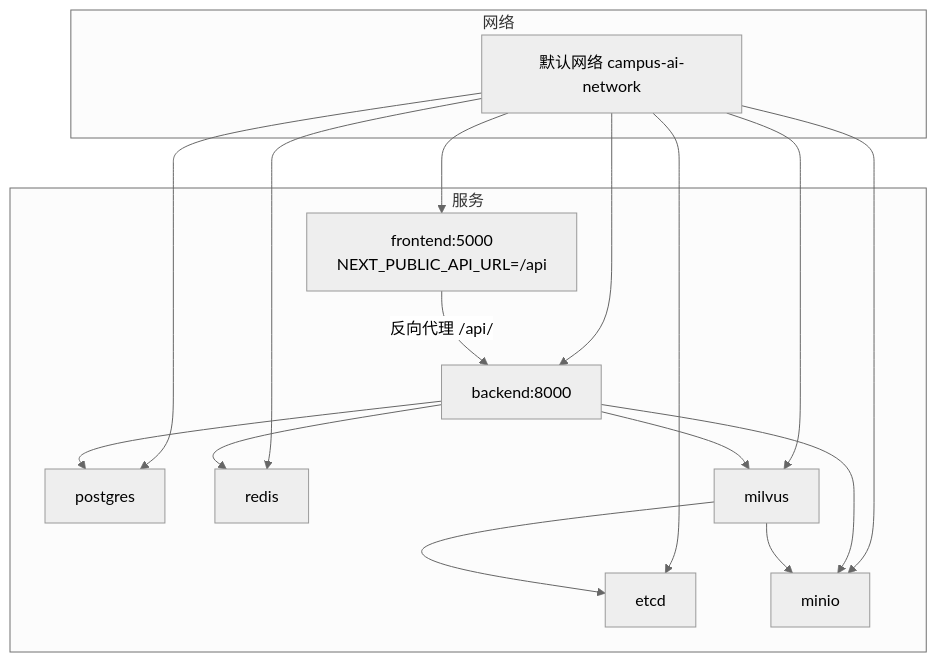
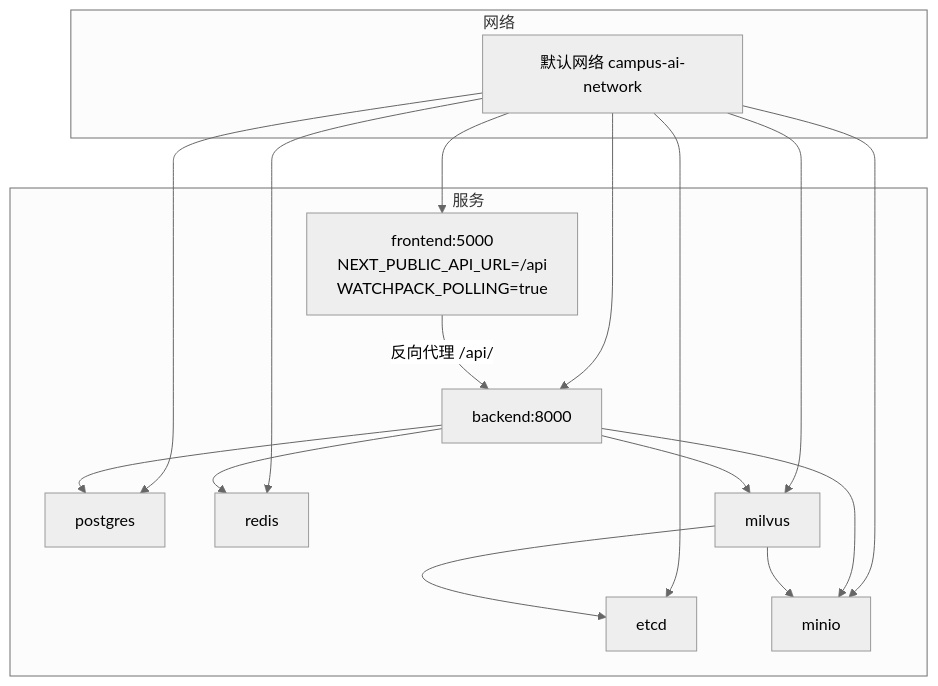
The fifth of 8 diagrams in .qoder/repowiki/zh/content/开发指南/构建与部署/构建与部署.md (ghbbn053-ship-itsoulddog/soulddog), drawn with Mermaid (neutral theme) before and after one commit. The commit also changed other lines of this file and 13 other files, not shown here.

````diff
--- a/.qoder/repowiki/zh/content/开发指南/构建与部署/构建与部署.md
+++ b/.qoder/repowiki/zh/content/开发指南/构建与部署/构建与部署.md
@@ -263,19 +272,19 @@
 ```mermaid
 graph TB
 subgraph "网络"
 NET["默认网络 campus-ai-network"]
 end
 subgraph "服务"
 PG["postgres"]
 RD["redis"]
 ET["etcd"]
 MC["minio"]
 ML["milvus"]
-FE["frontend:5000<br/>NEXT_PUBLIC_API_URL=/api"]
+FE["frontend:5000<br/>NEXT_PUBLIC_API_URL=/api<br/>WATCHPACK_POLLING=true"]
 BE["backend:8000"]
 end
 NET --> PG & RD & ET & MC & ML & FE & BE
 FE --> |"反向代理 /api/"| BE
 BE --> PG & RD & ML & MC
 ML --> ET & MC
 ```
````
